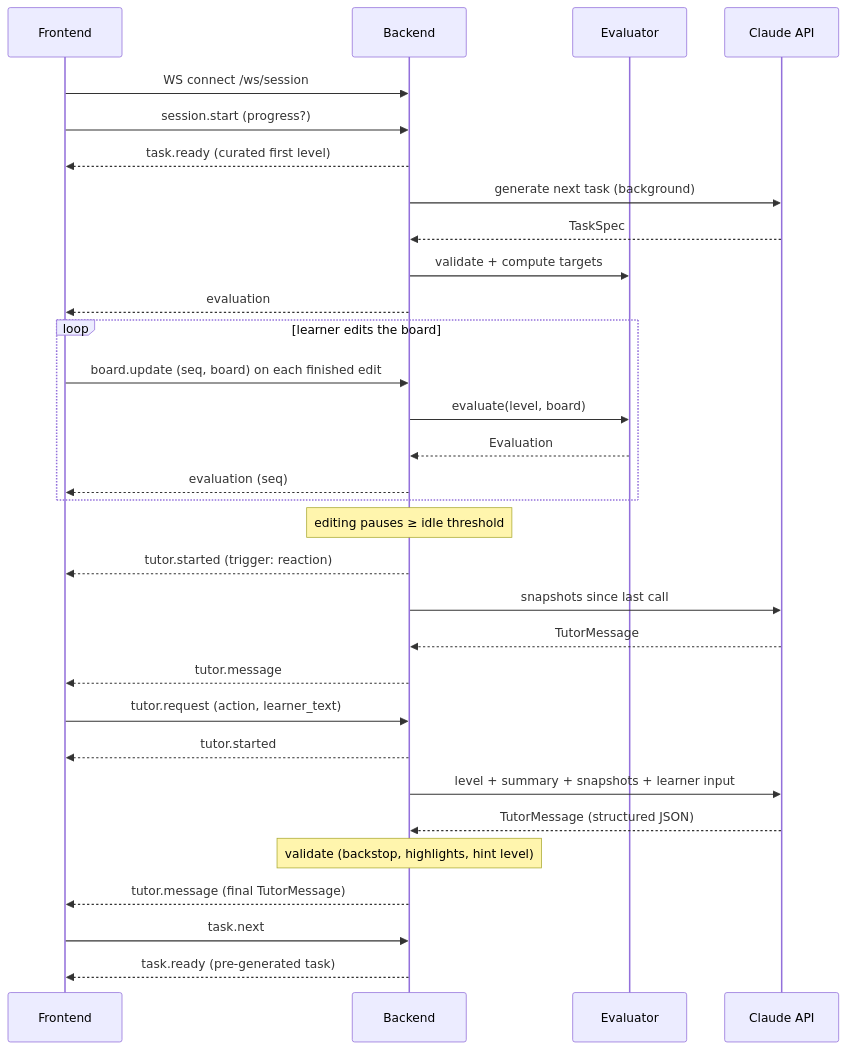
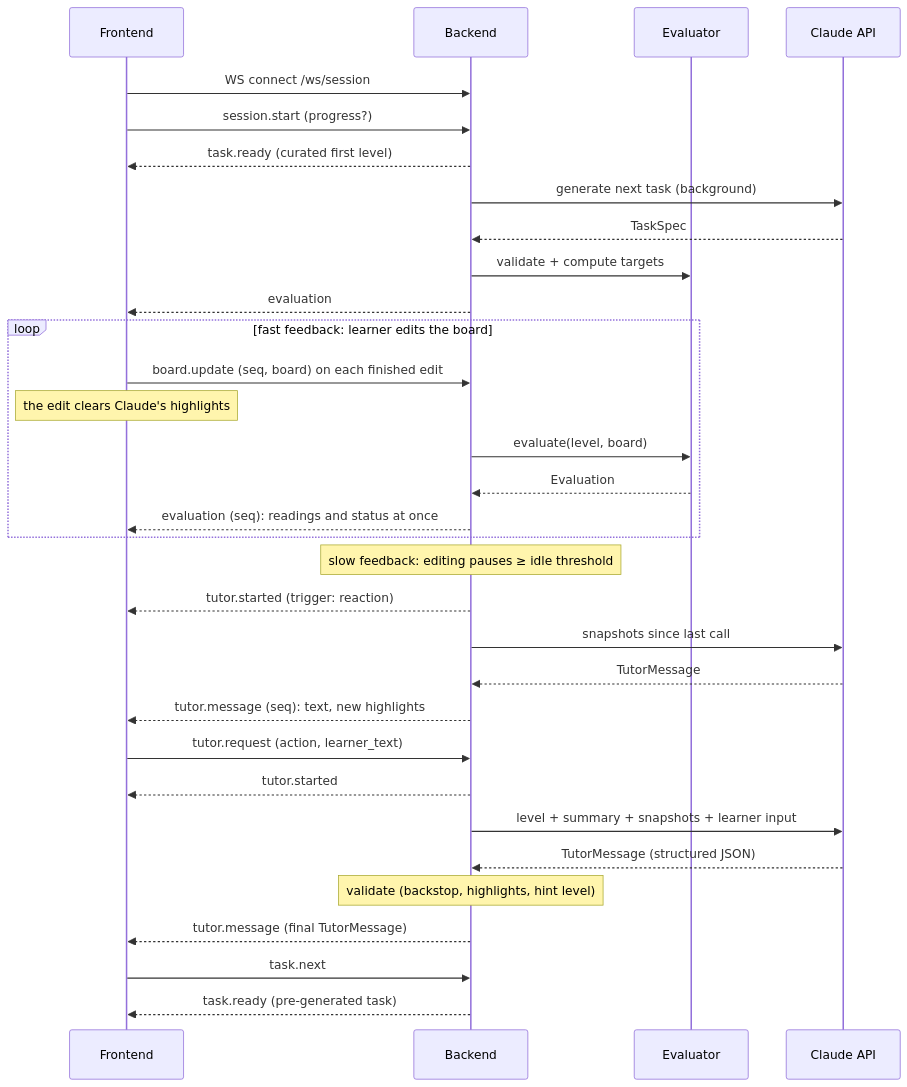
The diagram in docs/contract.md (VOxFF/schematics-ai-tutor), drawn with Mermaid before and after one commit. The commit also changed 12 other files, not shown here.

First line of the commit message:
Task completion: Next unlocks on solved, checkmark; public flag; fast/slow feedback in the design

````diff
--- a/docs/contract.md
+++ b/docs/contract.md
@@ -5,34 +5,35 @@
 ```mermaid
 sequenceDiagram
     participant FE as Frontend
     participant BE as Backend
     participant EV as Evaluator
     participant C as Claude API
 
     FE->>BE: WS connect /ws/session
     FE->>BE: session.start (progress?)
     BE-->>FE: task.ready (curated first level)
     BE->>C: generate next task (background)
     C-->>BE: TaskSpec
     BE->>EV: validate + compute targets
     BE-->>FE: evaluation
-    loop learner edits the board
+    loop fast feedback: learner edits the board
         FE->>BE: board.update (seq, board) on each finished edit
+        Note over FE: the edit clears Claude's highlights
         BE->>EV: evaluate(level, board)
         EV-->>BE: Evaluation
-        BE-->>FE: evaluation (seq)
+        BE-->>FE: evaluation (seq): readings and status at once
     end
-    Note over BE: editing pauses ≥ idle threshold
+    Note over BE: slow feedback: editing pauses ≥ idle threshold
     BE-->>FE: tutor.started (trigger: reaction)
     BE->>C: snapshots since last call
     C-->>BE: TutorMessage
-    BE-->>FE: tutor.message
+    BE-->>FE: tutor.message (seq): text, new highlights
     FE->>BE: tutor.request (action, learner_text)
     BE-->>FE: tutor.started
     BE->>C: level + summary + snapshots + learner input
     C-->>BE: TutorMessage (structured JSON)
     Note over BE: validate (backstop, highlights, hint level)
     BE-->>FE: tutor.message (final TutorMessage)
     FE->>BE: task.next
     BE-->>FE: task.ready (pre-generated task)
 ```
````
